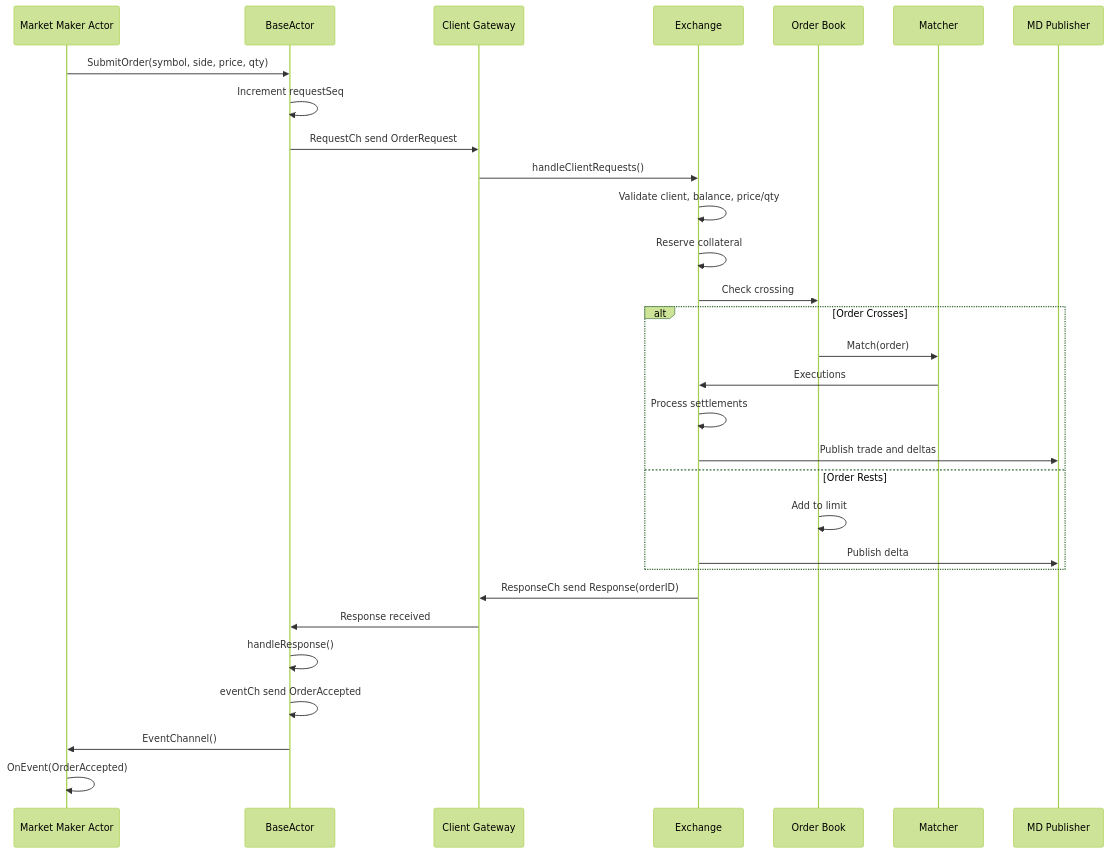
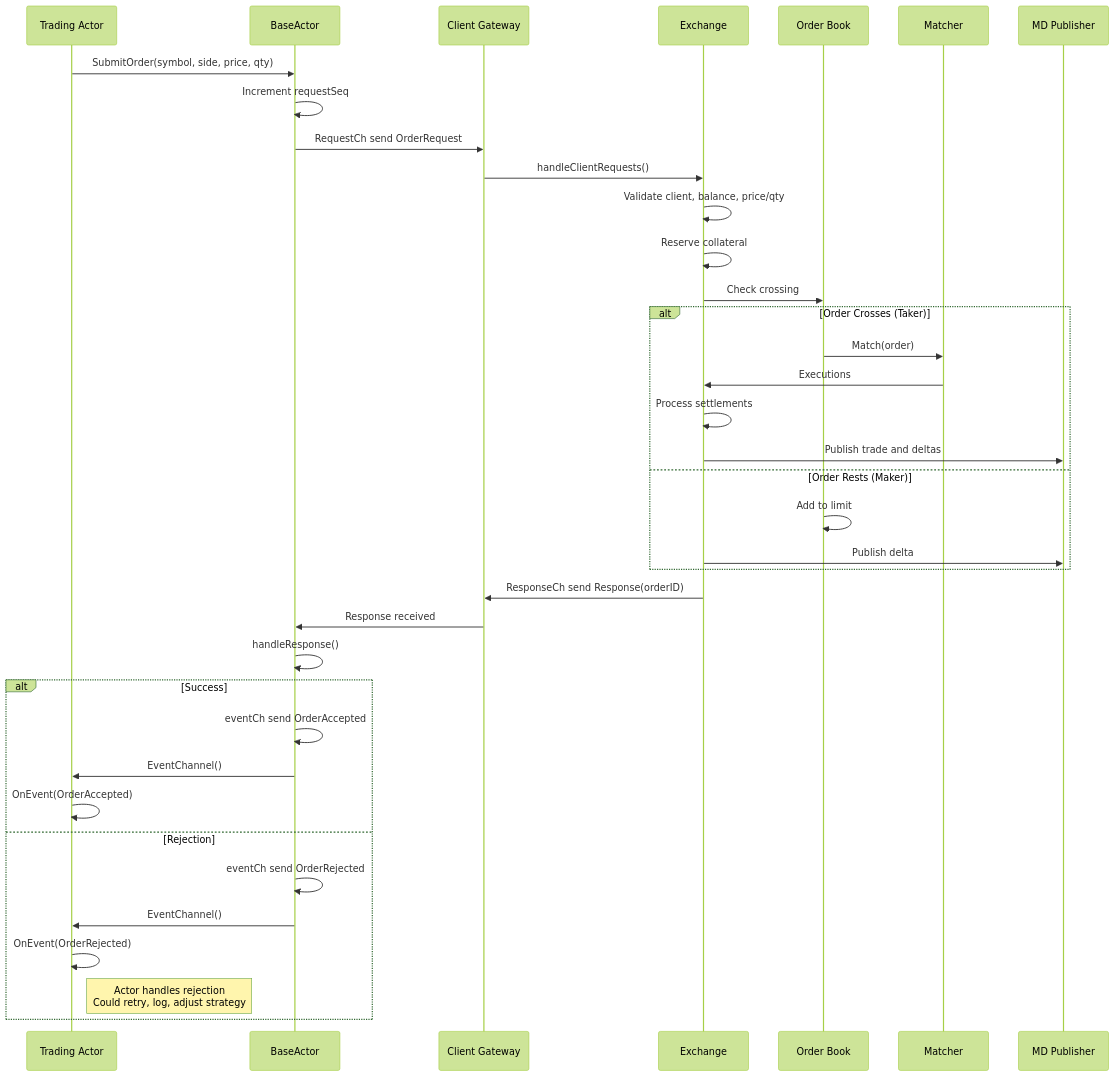
Before and after one commit to VladKochetov007/ExchangeSimulation: the second of 8 diagrams in ARCHITECTURE.md, drawn with Mermaid (forest theme). The commit also changed other lines of this file and 3 other files, not shown here.

````diff
--- a/ARCHITECTURE.md
+++ b/ARCHITECTURE.md
@@ -91,36 +91,44 @@
 ```mermaid
 sequenceDiagram
-    participant MM as Market Maker Actor
+    participant TA as Trading Actor
     participant BA as BaseActor
     participant GW as Client Gateway
     participant EX as Exchange
     participant BK as Order Book
     participant MT as Matcher
     participant MD as MD Publisher
 
-    MM->>BA: SubmitOrder(symbol, side, price, qty)
+    TA->>BA: SubmitOrder(symbol, side, price, qty)
     BA->>BA: Increment requestSeq
     BA->>GW: RequestCh send OrderRequest
 
     GW->>EX: handleClientRequests()
     EX->>EX: Validate client, balance, price/qty
     EX->>EX: Reserve collateral
     EX->>BK: Check crossing
 
-    alt Order Crosses
+    alt Order Crosses (Taker)
         BK->>MT: Match(order)
         MT->>EX: Executions
         EX->>EX: Process settlements
         EX->>MD: Publish trade and deltas
-    else Order Rests
+    else Order Rests (Maker)
         BK->>BK: Add to limit
         EX->>MD: Publish delta
     end
 
     EX->>GW: ResponseCh send Response(orderID)
     GW->>BA: Response received
     BA->>BA: handleResponse()
-    BA->>BA: eventCh send OrderAccepted
-    BA->>MM: EventChannel()
-    MM->>MM: OnEvent(OrderAccepted)
+
+    alt Success
+        BA->>BA: eventCh send OrderAccepted
+        BA->>TA: EventChannel()
+        TA->>TA: OnEvent(OrderAccepted)
+    else Rejection
+        BA->>BA: eventCh send OrderRejected
+        BA->>TA: EventChannel()
+        TA->>TA: OnEvent(OrderRejected)
+        Note right of TA: Actor handles rejection<br/>Could retry, log, adjust strategy
+    end
 ```
````
